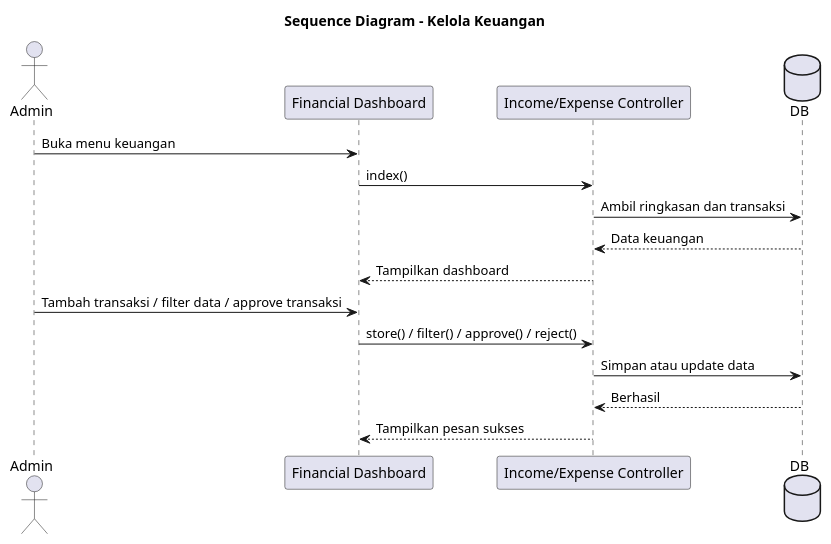
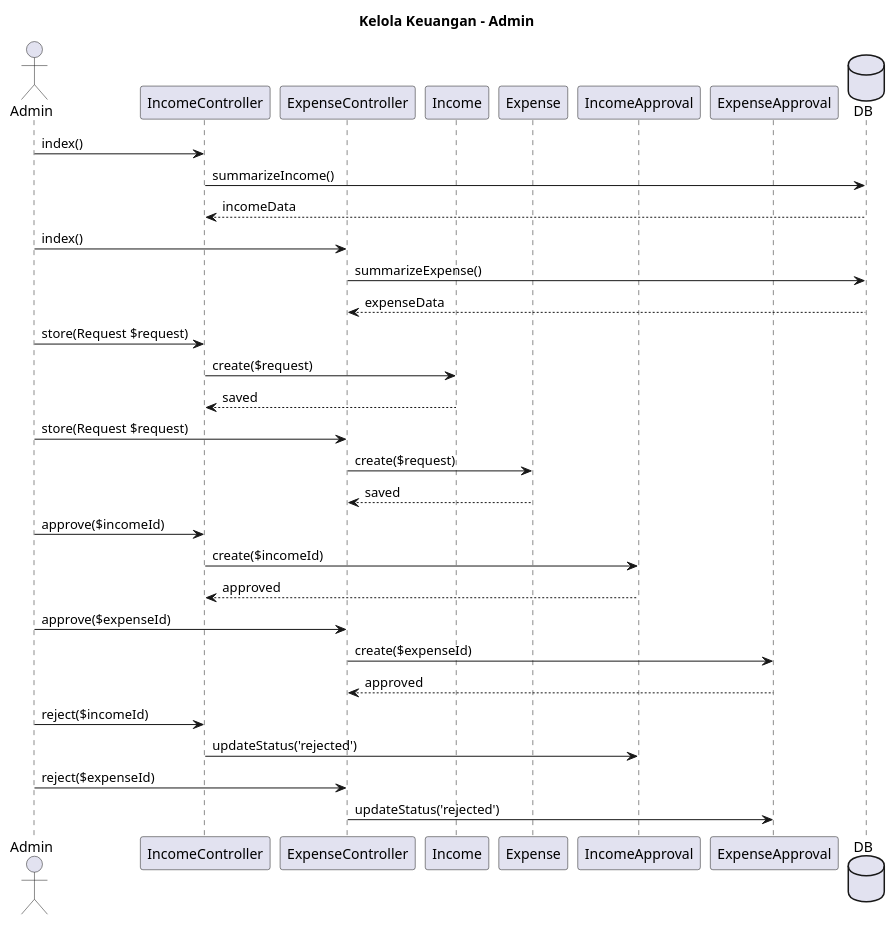
Before and after one commit to RizkyFahrizal/satpals-project: the diagram in docs/sequence-diagrams/iterasi-2/02-kelola-keuangan-seq.puml, drawn with PlantUML. The commit also changed 40 other files, not shown here.

```diff
--- a/docs/sequence-diagrams/iterasi-2/02-kelola-keuangan-seq.puml
+++ b/docs/sequence-diagrams/iterasi-2/02-kelola-keuangan-seq.puml
@@ -1,22 +1,43 @@
-@startuml Kelola_Keuangan_Sequence
-
-title Sequence Diagram - Kelola Keuangan
+@startuml kelola-keuangan-admin
+title Kelola Keuangan - Admin
 
 actor Admin
-participant "Financial Dashboard" as View
-participant "Income/Expense Controller" as Controller
+participant "IncomeController" as IncomeController
+participant "ExpenseController" as ExpenseController
+participant "Income" as IncomeModel
+participant "Expense" as ExpenseModel
+participant "IncomeApproval" as IncomeApprovalModel
+participant "ExpenseApproval" as ExpenseApprovalModel
 database DB
 
-Admin -> View: Buka menu keuangan
-View -> Controller: index()
-Controller -> DB: Ambil ringkasan dan transaksi
-DB --> Controller: Data keuangan
-Controller --> View: Tampilkan dashboard
+Admin -> IncomeController: index()
+IncomeController -> DB: summarizeIncome()
+DB --> IncomeController: incomeData
 
-Admin -> View: Tambah transaksi / filter data / approve transaksi
-View -> Controller: store() / filter() / approve() / reject()
-Controller -> DB: Simpan atau update data
-DB --> Controller: Berhasil
-Controller --> View: Tampilkan pesan sukses
+Admin -> ExpenseController: index()
+ExpenseController -> DB: summarizeExpense()
+DB --> ExpenseController: expenseData
+
+Admin -> IncomeController: store(Request $request)
+IncomeController -> IncomeModel: create($request)
+IncomeModel --> IncomeController: saved
+
+Admin -> ExpenseController: store(Request $request)
+ExpenseController -> ExpenseModel: create($request)
+ExpenseModel --> ExpenseController: saved
+
+Admin -> IncomeController: approve($incomeId)
+IncomeController -> IncomeApprovalModel: create($incomeId)
+IncomeApprovalModel --> IncomeController: approved
+
+Admin -> ExpenseController: approve($expenseId)
+ExpenseController -> ExpenseApprovalModel: create($expenseId)
+ExpenseApprovalModel --> ExpenseController: approved
+
+Admin -> IncomeController: reject($incomeId)
+IncomeController -> IncomeApprovalModel: updateStatus('rejected')
+
+Admin -> ExpenseController: reject($expenseId)
+ExpenseController -> ExpenseApprovalModel: updateStatus('rejected')
 
 @enduml
```
